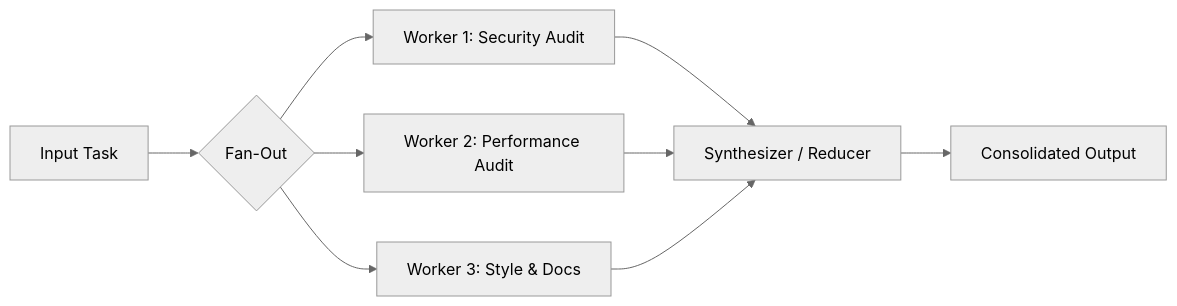
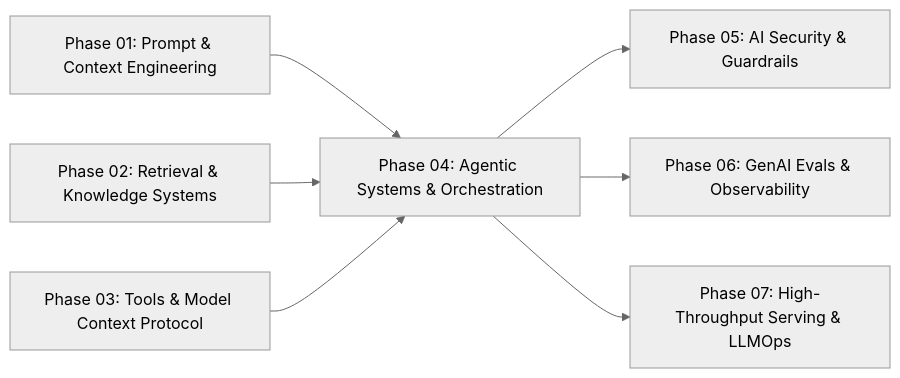
One commit to dip4k/senior-engineer-to-ai-engineer-roadmap changed the second of 2 diagrams in 04-agentic-systems-and-orchestration/README.md. Above: the diagram before and after it, drawn with Mermaid (neutral theme). The commit also changed other lines of this file and 13 other files, not shown here.

First line of the commit message:
feat(phase-04): refactor monolithic agent curriculum into modular 6-lesson architecture

````diff
--- a/04-agentic-systems-and-orchestration/README.md
+++ b/04-agentic-systems-and-orchestration/README.md
@@ -233,8 +102,10 @@
 ```mermaid
 flowchart LR
-    PA1["Input Task"] --> PA2{"Fan-Out"}
-    PA2 --> PA3["Worker 1: Security Audit"]
-    PA2 --> PA4["Worker 2: Performance Audit"]
-    PA2 --> PA5["Worker 3: Style & Docs"]
-    PA3 & PA4 & PA5 --> PA6["Synthesizer / Reducer"] --> PA7["Consolidated Output"]
+    P01["Phase 01: Prompt & Context Engineering"] --> P04["Phase 04: Agentic Systems & Orchestration"]
+    P02["Phase 02: Retrieval & Knowledge Systems"] --> P04
+    P03["Phase 03: Tools & Model Context Protocol"] --> P04
+    
+    P04 --> P05["Phase 05: AI Security & Guardrails"]
+    P04 --> P06["Phase 06: GenAI Evals & Observability"]
+    P04 --> P07["Phase 07: High-Throughput Serving & LLMOps"]
 ```
````
